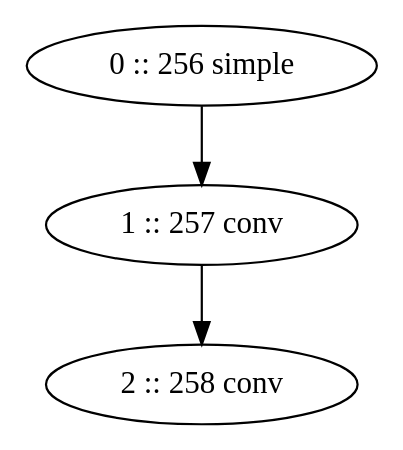
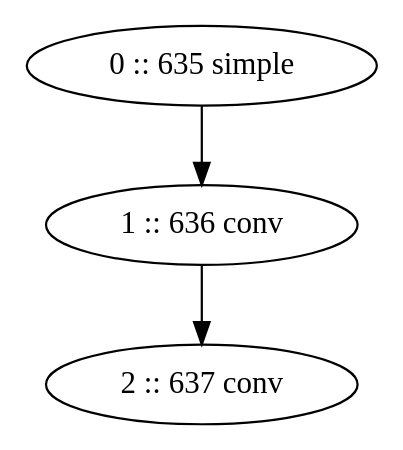
One commit to pradyumn014/NeuralArchitectureSearch changed the diagram in images/arch.gv. Above: the diagram before and after it, drawn with Graphviz. The commit also changed 3 other files, not shown here.

```diff
--- a/images/arch.gv
+++ b/images/arch.gv
@@ -1,8 +1,8 @@
 // ./images/arch.gv
 digraph "./images/arch" {
-	0 [label="0 :: 256 simple"]
-	1 [label="1 :: 257 conv"]
-	2 [label="2 :: 258 conv"]
+	0 [label="0 :: 635 simple"]
+	1 [label="1 :: 636 conv"]
+	2 [label="2 :: 637 conv"]
 	0 -> 1
 	1 -> 2
 }
```
